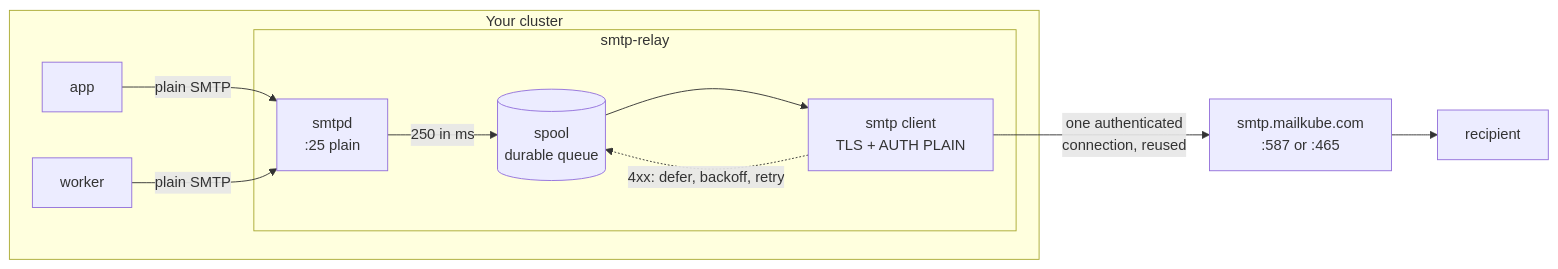
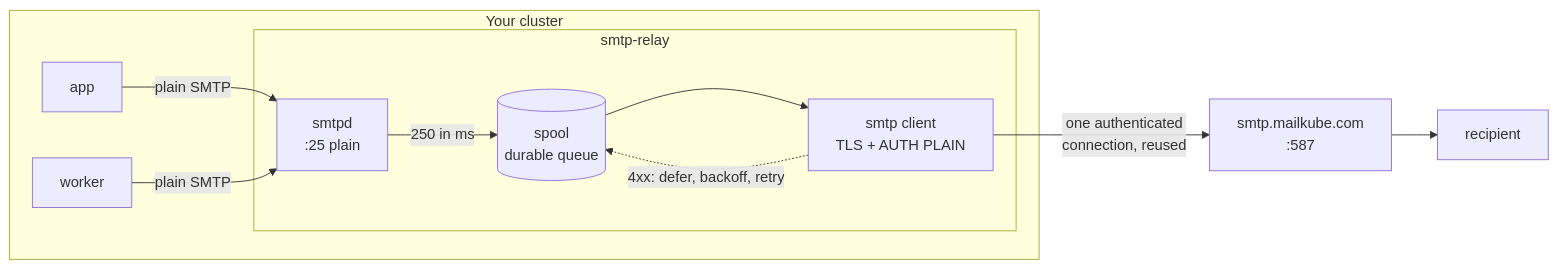
The first of 4 diagrams in README.md (mailkube/mailkube-docker), drawn with Mermaid before and after one commit. The commit also changed other lines of this file and 12 other files, not shown here.

````diff
--- a/README.md
+++ b/README.md
@@ -68,22 +68,22 @@
 ```mermaid
 flowchart LR
   subgraph cluster["Your cluster"]
     app1["app"]
     app2["worker"]
     subgraph relay["smtp-relay"]
       smtpd["smtpd<br/>:25 plain"]
       queue[("spool<br/>durable queue")]
       smtp["smtp client<br/>TLS + AUTH PLAIN"]
     end
   end
-  mk["smtp.mailkube.com<br/>:587 or :465"]
+  mk["smtp.mailkube.com<br/>:587"]
   rcpt["recipient"]
 
   app1 -->|"plain SMTP"| smtpd
   app2 -->|"plain SMTP"| smtpd
   smtpd -->|"250 in ms"| queue
   queue --> smtp
   smtp -->|"one authenticated<br/>connection, reused"| mk
   mk --> rcpt
   smtp -.->|"4xx: defer, backoff, retry"| queue
 ```
````
